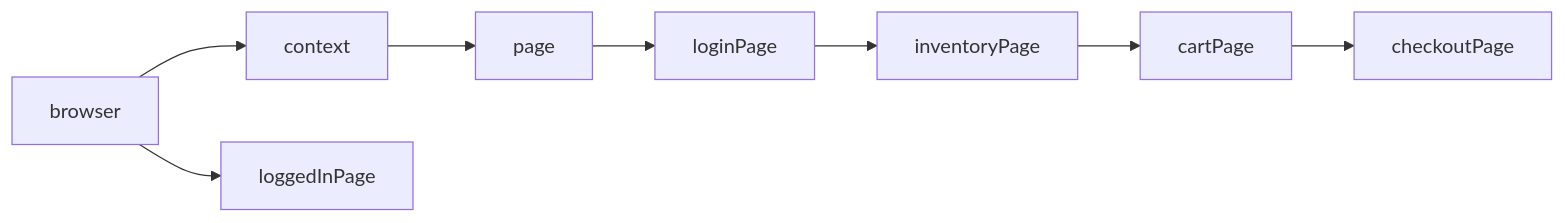
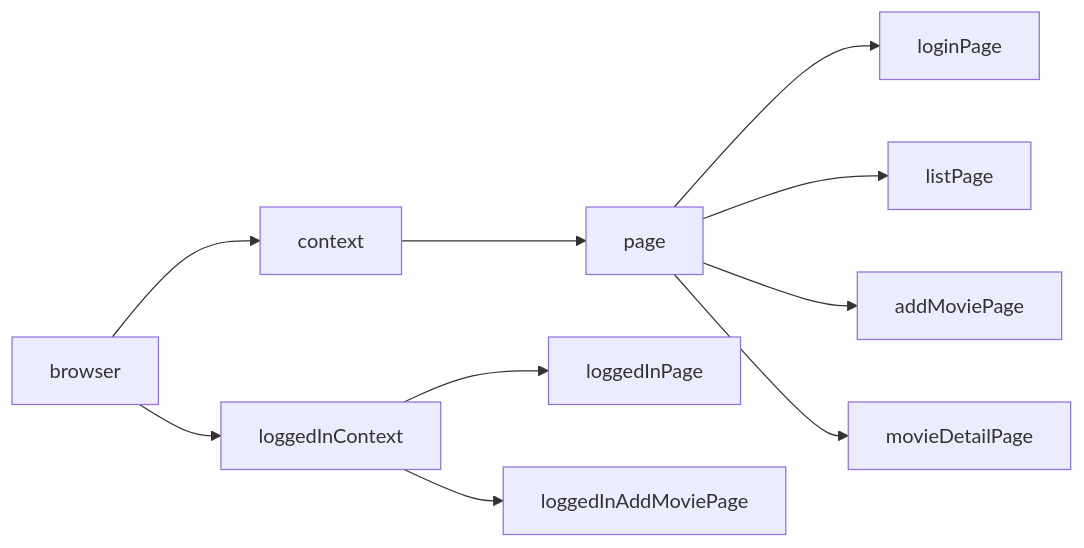
Before and after one commit to EnesAkyel/test-strategy: the fourth of 7 diagrams in architecture/system-architecture.md, drawn with Mermaid. The commit also changed other lines of this file and 9 other files, not shown here.

````diff
--- a/architecture/system-architecture.md
+++ b/architecture/system-architecture.md
@@ -83,9 +80,11 @@
 ```mermaid
 flowchart LR
     browser --> context --> page
     page --> loginPage
-    loginPage --> inventoryPage
-    inventoryPage --> cartPage
-    cartPage --> checkoutPage
-    browser --> loggedInPage
+    page --> listPage
+    page --> addMoviePage
+    page --> movieDetailPage
+    browser --> loggedInContext
+    loggedInContext --> loggedInPage
+    loggedInContext --> loggedInAddMoviePage
 ```
````
